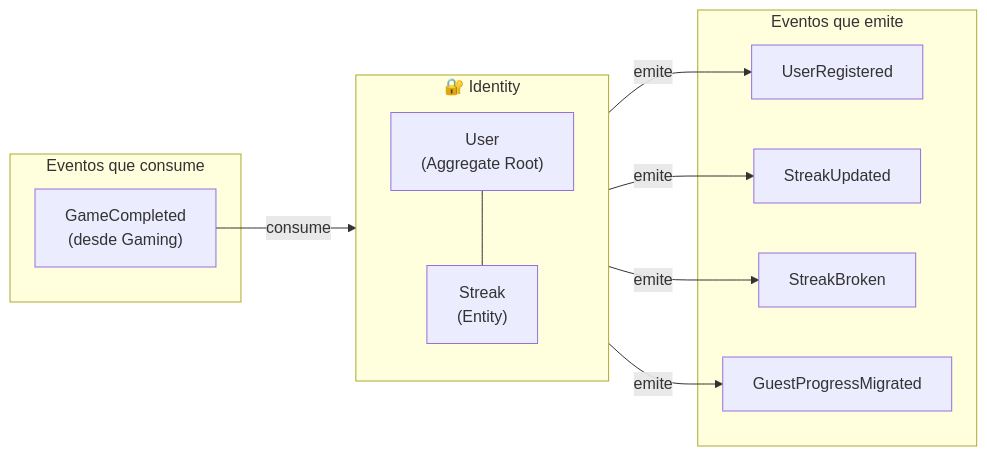
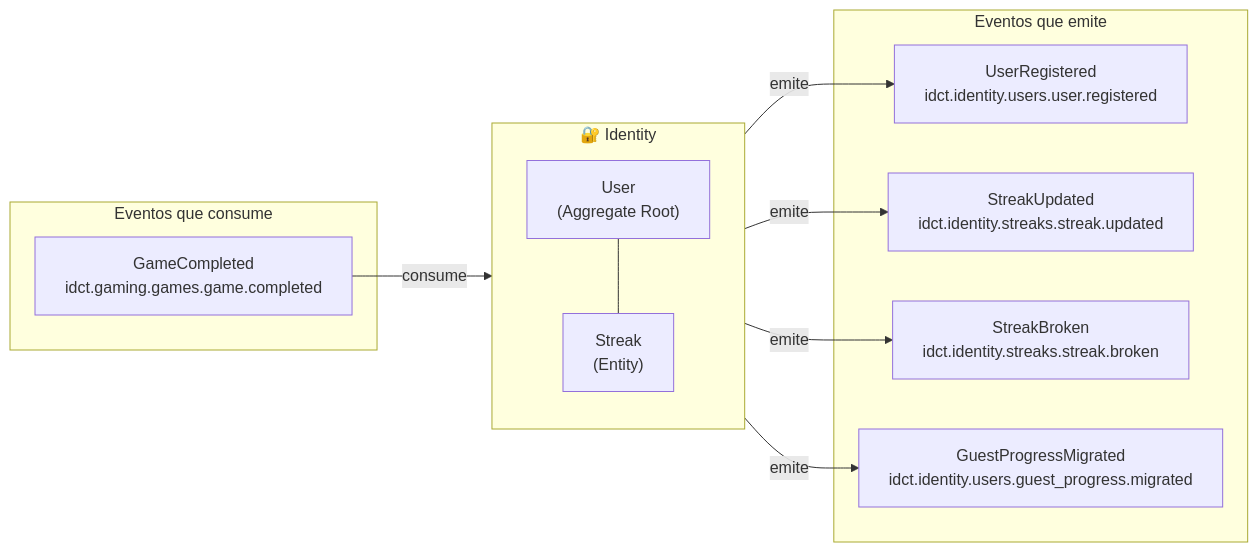
The first of 7 diagrams in docs/domain/bounded-contexts-detail.md (AbrahamVilchesDeLaCruz/ididntcatchthat), drawn with Mermaid before and after one commit. The commit also changed other lines of this file and 4 other files, not shown here.

Commit message:
docs: update event flow documentation with detailed exchanges and triggers

````diff
--- a/docs/domain/bounded-contexts-detail.md
+++ b/docs/domain/bounded-contexts-detail.md
@@ -11,25 +11,25 @@
 ```mermaid
 graph LR
     subgraph Identity ["🔐 Identity"]
         User["User\n(Aggregate Root)"]
         Streak["Streak\n(Entity)"]
         User --- Streak
     end
 
     subgraph Emits ["Eventos que emite"]
-        E1["UserRegistered"]
-        E2["StreakUpdated"]
-        E3["StreakBroken"]
-        E4["GuestProgressMigrated"]
+        E1["UserRegistered\nidct.identity.users.user.registered"]
+        E2["StreakUpdated\nidct.identity.streaks.streak.updated"]
+        E3["StreakBroken\nidct.identity.streaks.streak.broken"]
+        E4["GuestProgressMigrated\nidct.identity.users.guest_progress.migrated"]
     end
 
     subgraph Consumes ["Eventos que consume"]
-        C1["GameCompleted\n(desde Gaming)"]
+        C1["GameCompleted\nidct.gaming.games.game.completed"]
     end
 
     Identity -->|emite| E1
     Identity -->|emite| E2
     Identity -->|emite| E3
     Identity -->|emite| E4
     C1 -->|consume| Identity
 ```
````
